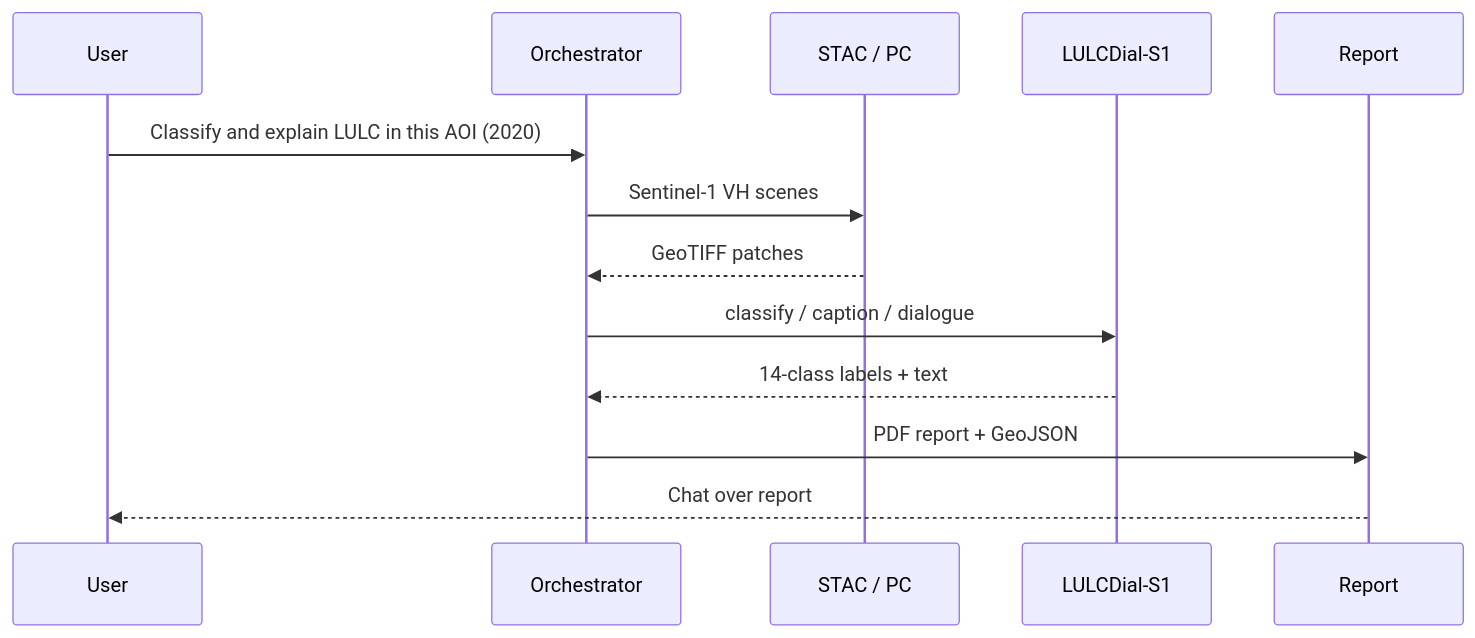
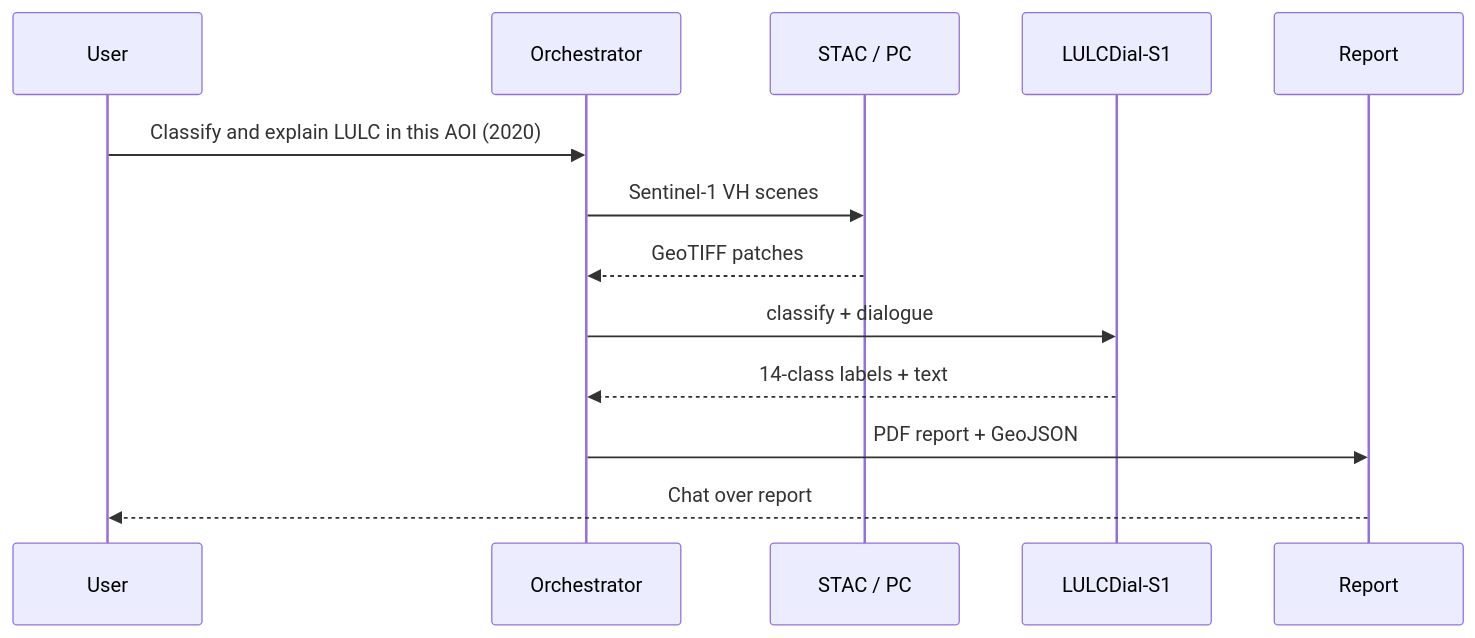
One commit to Riha-K/MTP changed the second of 2 diagrams in AI4LCC_S1_VLM_MTech_3Stage_Roadmap.md. Above: the diagram before and after it, drawn with Mermaid. The commit also changed other lines of this file and 8 other files, not shown here.

````diff
--- a/AI4LCC_S1_VLM_MTech_3Stage_Roadmap.md
+++ b/AI4LCC_S1_VLM_MTech_3Stage_Roadmap.md
@@ -235,16 +232,16 @@
 ```mermaid
 sequenceDiagram
     participant U as User
     participant O as Orchestrator
     participant STAC as STAC / PC
     participant VLM as LULCDial-S1
     participant R as Report
 
     U->>O: Classify and explain LULC in this AOI (2020)
     O->>STAC: Sentinel-1 VH scenes
     STAC-->>O: GeoTIFF patches
-    O->>VLM: classify / caption / dialogue
+    O->>VLM: classify + dialogue
     VLM-->>O: 14-class labels + text
     O->>R: PDF report + GeoJSON
     R-->>U: Chat over report
 ```
````
